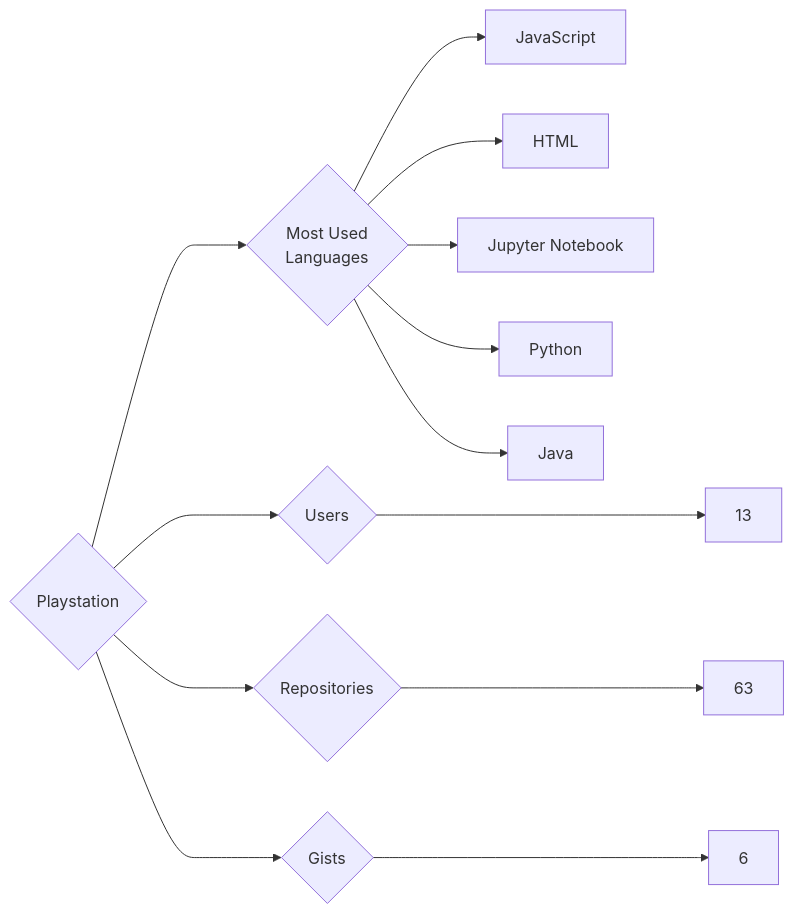
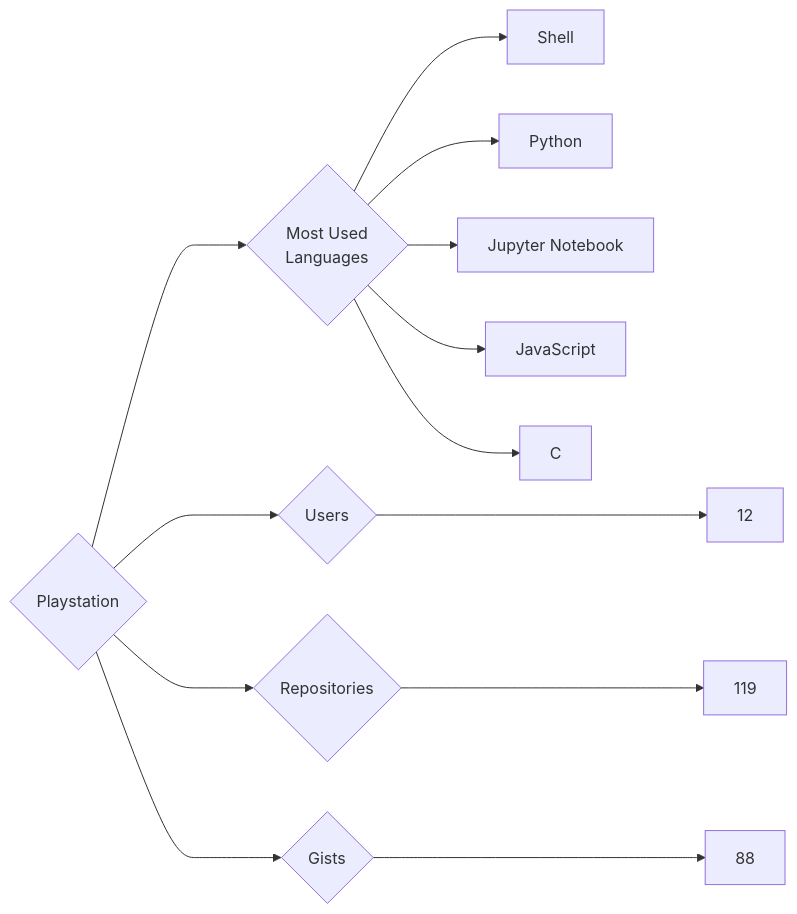
One commit to trickest/insiders changed the diagram in targets/Playstation/README.md. Above: the diagram before and after it, drawn with Mermaid. The commit also changed 903 other files, not shown here.

````diff
--- a/targets/Playstation/README.md
+++ b/targets/Playstation/README.md
@@ -3,13 +3,13 @@
 ```mermaid
 graph LR
 COMPANY_NAME{Playstation}
-COMPANY_NAME ---> U{Users} ---> UN[13]
-COMPANY_NAME ---> R{Repositories} ---> RN[63]
-COMPANY_NAME ---> G{Gists} ---> GN[6]
+COMPANY_NAME ---> U{Users} ---> UN[12]
+COMPANY_NAME ---> R{Repositories} ---> RN[119]
+COMPANY_NAME ---> G{Gists} ---> GN[88]
 COMPANY_NAME ---> ML{Most Used<br>Languages}
+ML --> Shell[Shell]
+ML --> Python[Python]
+ML --> Jupyter_Notebook[Jupyter Notebook]
 ML --> JavaScript[JavaScript]
-ML --> HTML[HTML]
-ML --> Jupyter_Notebook[Jupyter Notebook]
-ML --> Python[Python]
-ML --> Java[Java]
+ML --> C[C]
 ```
````
